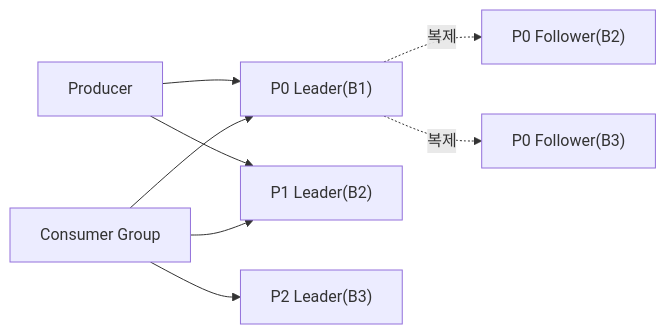
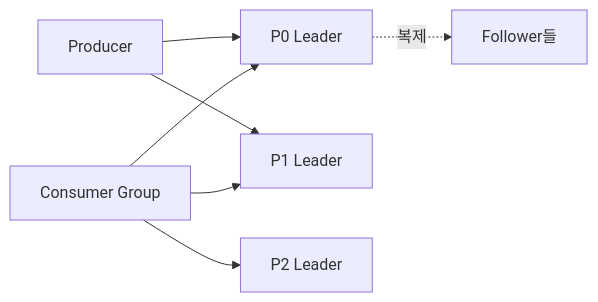
One commit to yjkim2015/yjkim2015.github.io changed the ninth of 12 diagrams in _posts/kafka/2026-05-02-kafka-deep.md. Above: the diagram before and after it, drawn with Mermaid. The commit also changed other lines of this file and 245 other files, not shown here.

First line of the commit message:
Mermaid 다이어그램 전면 수정 + 면접 포인트 접기/펼치기 + DB 데드락 페이지

````diff
--- a/_posts/kafka/2026-05-02-kafka-deep.md
+++ b/_posts/kafka/2026-05-02-kafka-deep.md
@@ -537,10 +534,9 @@
 ```mermaid
 graph LR
-    Producer --> P0_L["P0 Leader(B1)"]
-    Producer --> P1_L["P1 Leader(B2)"]
-    P0_L -. 복제 .-> P0_F1["P0 Follower(B2)"]
-    P0_L -. 복제 .-> P0_F2["P0 Follower(B3)"]
-    CG["Consumer Group"] --> P0_L
-    CG --> P1_L
-    CG --> P2_L["P2 Leader(B3)"]
+    PR["Producer"] --> P0["P0 Leader"]
+    PR --> P1["P1 Leader"]
+    P0 -.복제.-> PF["Follower들"]
+    CG["Consumer Group"] --> P0
+    CG --> P1
+    CG --> P2["P2 Leader"]
 ```
````
